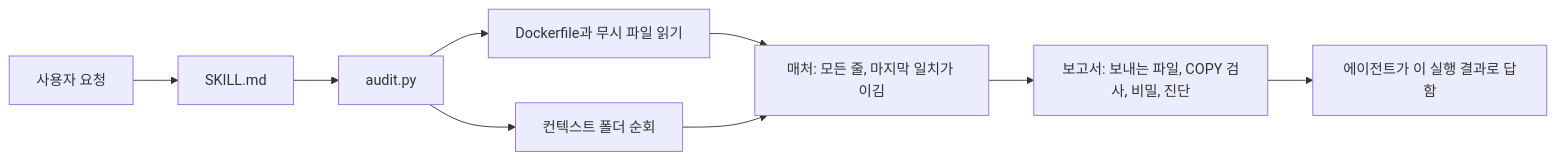
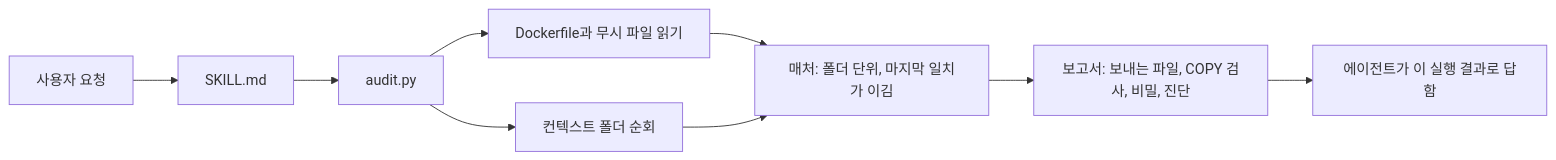
One commit to LeeGyeongPil/build-context-audit changed the diagram in README.ko.md. Above: the diagram before and after it, drawn with Mermaid. The commit also changed other lines of this file and 2 other files, not shown here.

````diff
--- a/README.ko.md
+++ b/README.ko.md
@@ -141,11 +142,11 @@
 ```mermaid
 flowchart LR
     A[사용자 요청] --> B[SKILL.md]
     B --> C[audit.py]
     C --> D[Dockerfile과 무시 파일 읽기]
     C --> E[컨텍스트 폴더 순회]
-    D --> F[매처: 모든 줄, 마지막 일치가 이김]
+    D --> F[매처: 폴더 단위, 마지막 일치가 이김]
     E --> F
     F --> G[보고서: 보내는 파일, COPY 검사, 비밀, 진단]
     G --> H[에이전트가 이 실행 결과로 답함]
 ```
````
